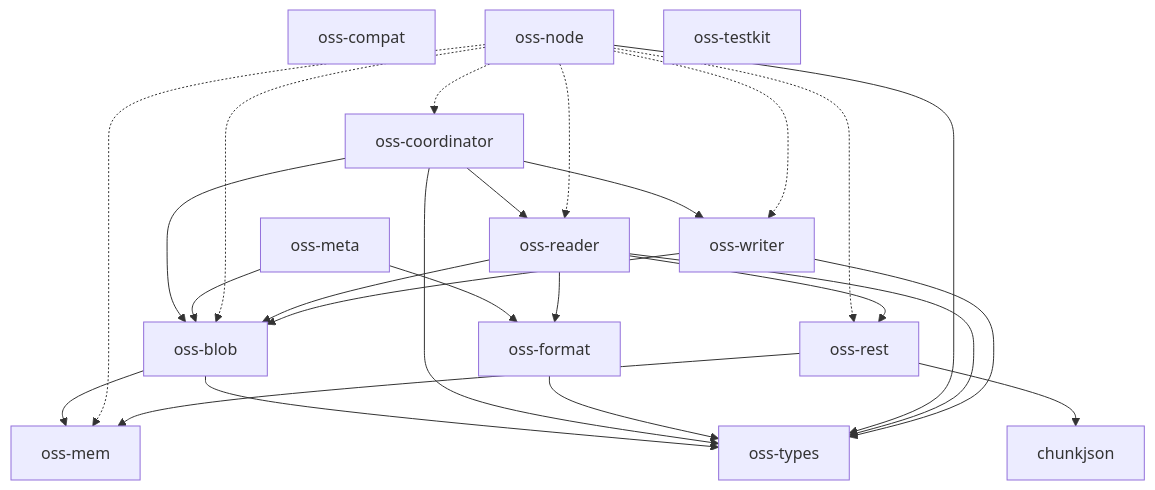
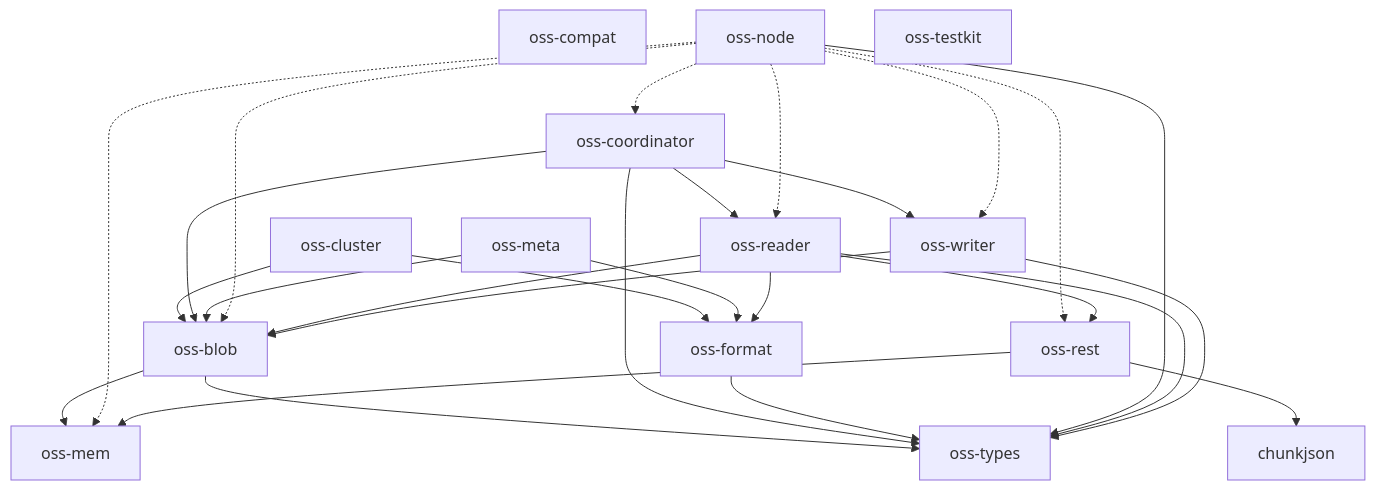
The diagram in docs/architecture.md (huyz0/opensearch-serverless), drawn with Mermaid before and after one commit. The commit also changed other lines of this file and 41 other files, not shown here.

````diff
--- a/docs/architecture.md
+++ b/docs/architecture.md
@@ -10,32 +10,34 @@
 ```mermaid
 graph TD
     chunkjson
     oss-blob --> oss-mem
     oss-blob --> oss-types
+    oss-cluster --> oss-blob
+    oss-cluster --> oss-format
     oss-compat
     oss-coordinator --> oss-blob
     oss-coordinator --> oss-reader
     oss-coordinator --> oss-types
     oss-coordinator --> oss-writer
     oss-format --> oss-types
     oss-mem
     oss-meta --> oss-blob
     oss-meta --> oss-format
     oss-node -.-> oss-blob
     oss-node -.-> oss-coordinator
     oss-node -.-> oss-mem
     oss-node -.-> oss-reader
     oss-node -.-> oss-rest
     oss-node --> oss-types
     oss-node -.-> oss-writer
     oss-reader --> oss-blob
     oss-reader --> oss-format
     oss-reader --> oss-rest
     oss-reader --> oss-types
     oss-rest --> chunkjson
     oss-rest --> oss-mem
     oss-testkit
     oss-types
     oss-writer --> oss-blob
     oss-writer --> oss-types
 ```
````
